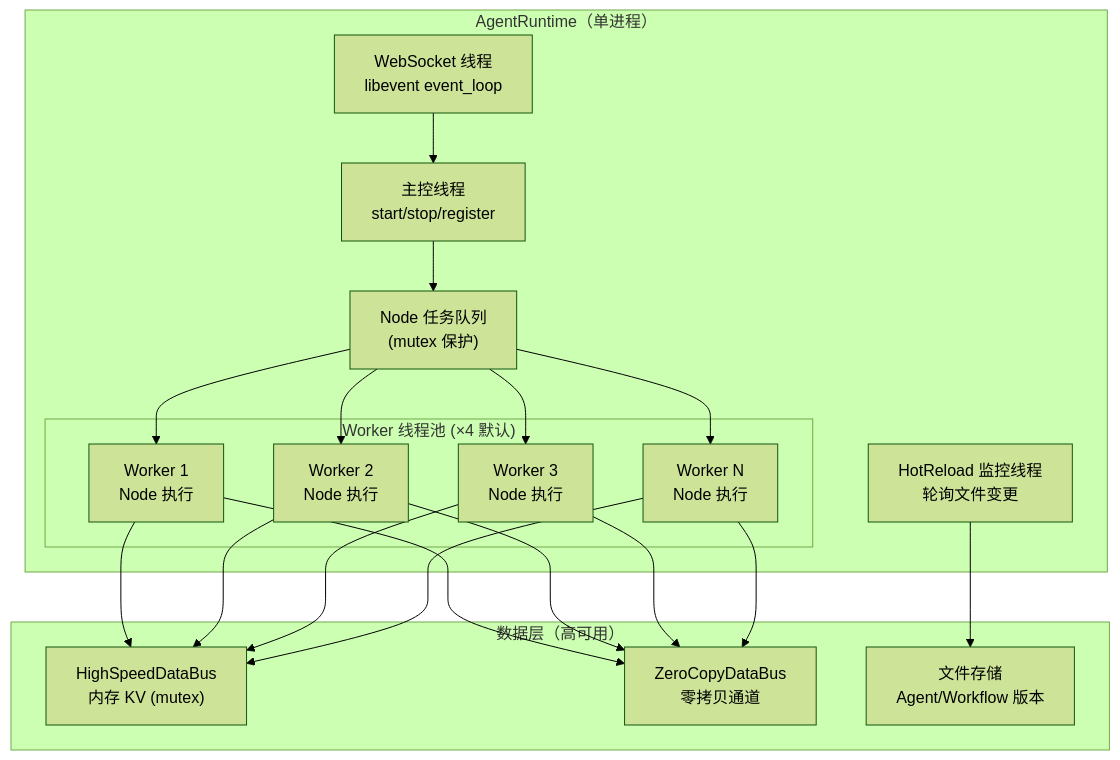
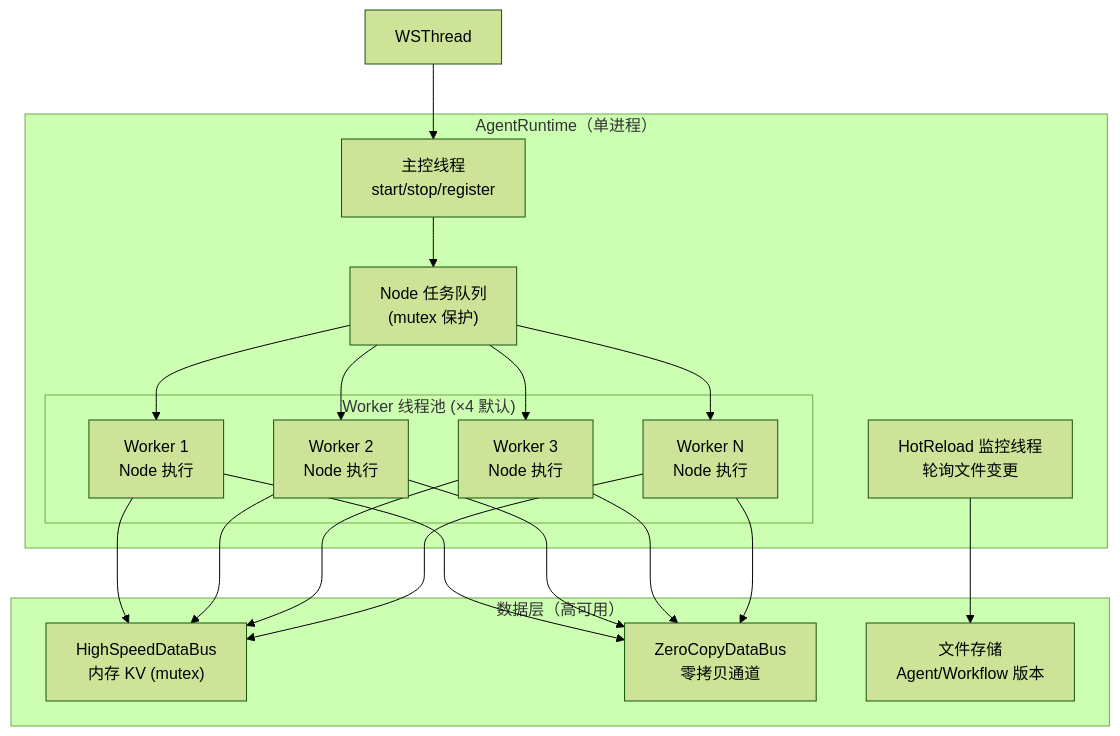
Before and after one commit to xyz11274/agentf: diagram 15 of 17 in docs/ARCHITECTURE.md, drawn with Mermaid (forest theme). The commit also changed other lines of this file and 29 other files, not shown here.

````diff
--- a/docs/ARCHITECTURE.md
+++ b/docs/ARCHITECTURE.md
@@ -1306,28 +1279,27 @@
 ```mermaid
 graph TB
     subgraph Runtime["AgentRuntime（单进程）"]
         MainThread["主控线程\nstart/stop/register"]
         subgraph WorkerPool["Worker 线程池 (×4 默认)"]
             W1["Worker 1\nNode 执行"]
             W2["Worker 2\nNode 执行"]
             W3["Worker 3\nNode 执行"]
             W4["Worker N\nNode 执行"]
         end
         TaskQueue["Node 任务队列\n(mutex 保护)"]
         HRThread["HotReload 监控线程\n轮询文件变更"]
-        WSThread["WebSocket 线程\nlibevent event_loop"]
     end
 
     subgraph DataLayer["数据层（高可用）"]
         DataBus["HighSpeedDataBus\n内存 KV (mutex)"]
         ZeroCopy["ZeroCopyDataBus\n零拷贝通道"]
         FileStorage["文件存储\nAgent/Workflow 版本"]
     end
 
     MainThread --> TaskQueue
     TaskQueue --> W1 & W2 & W3 & W4
     W1 & W2 & W3 & W4 --> DataBus
     W1 & W2 & W3 & W4 --> ZeroCopy
     HRThread --> FileStorage
     WSThread --> MainThread
 ```
````
